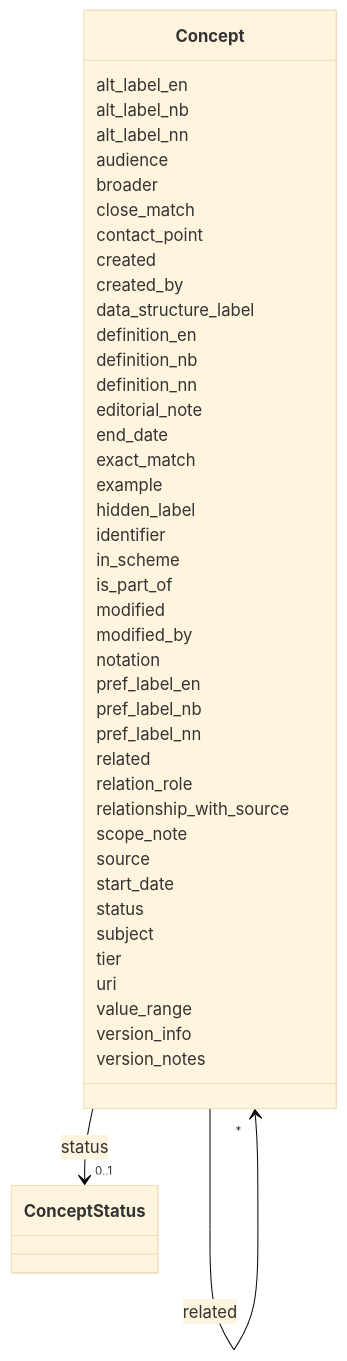
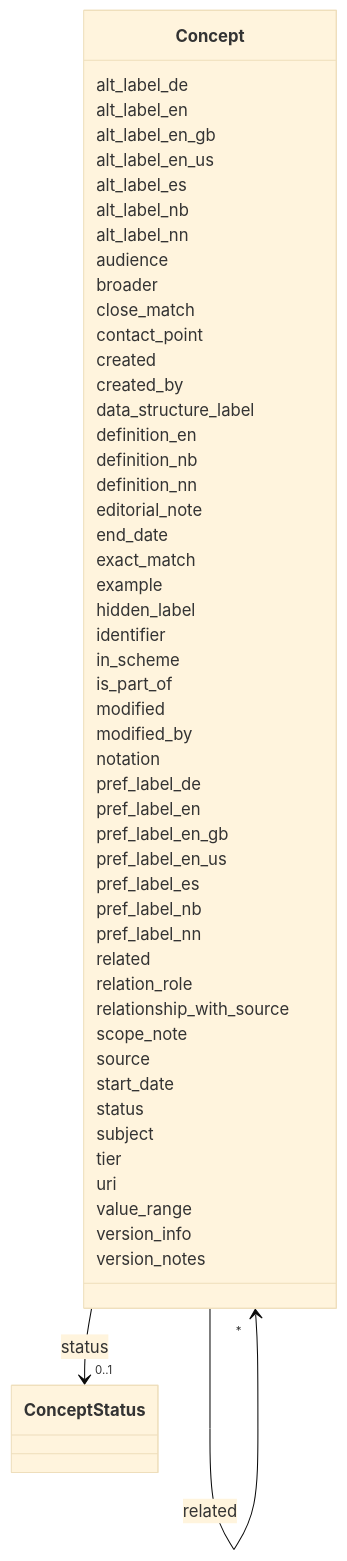
One commit to UteBroenner/skos-from-pdf-via-excel changed the diagram in schema/generated/docs/Concept.md. Above: the diagram before and after it, drawn with Mermaid (base theme). The commit also changed other lines of this file and 26 other files, not shown here.

```diff
--- a/schema/generated/docs/Concept.md
+++ b/schema/generated/docs/Concept.md
@@ -24,7 +24,15 @@
  classDiagram
     class Concept
     click Concept href "../Concept/"
+      Concept : alt_label_de
+        
       Concept : alt_label_en
+        
+      Concept : alt_label_en_gb
+        
+      Concept : alt_label_en_us
+        
+      Concept : alt_label_es
         
       Concept : alt_label_nb
         
@@ -90,7 +98,15 @@
         
       Concept : notation
         
+      Concept : pref_label_de
+        
       Concept : pref_label_en
+        
+      Concept : pref_label_en_gb
+        
+      Concept : pref_label_en_us
+        
+      Concept : pref_label_es
         
       Concept : pref_label_nb
         
```
